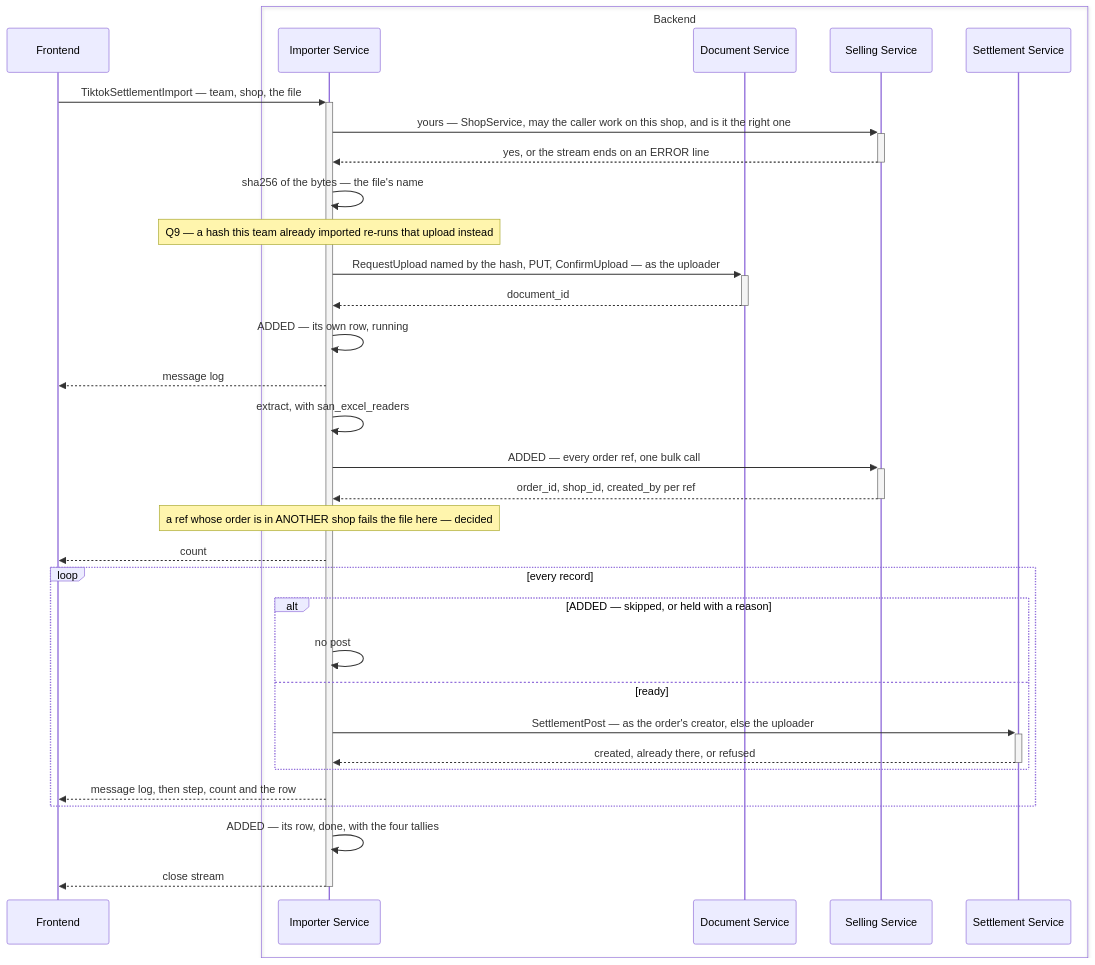
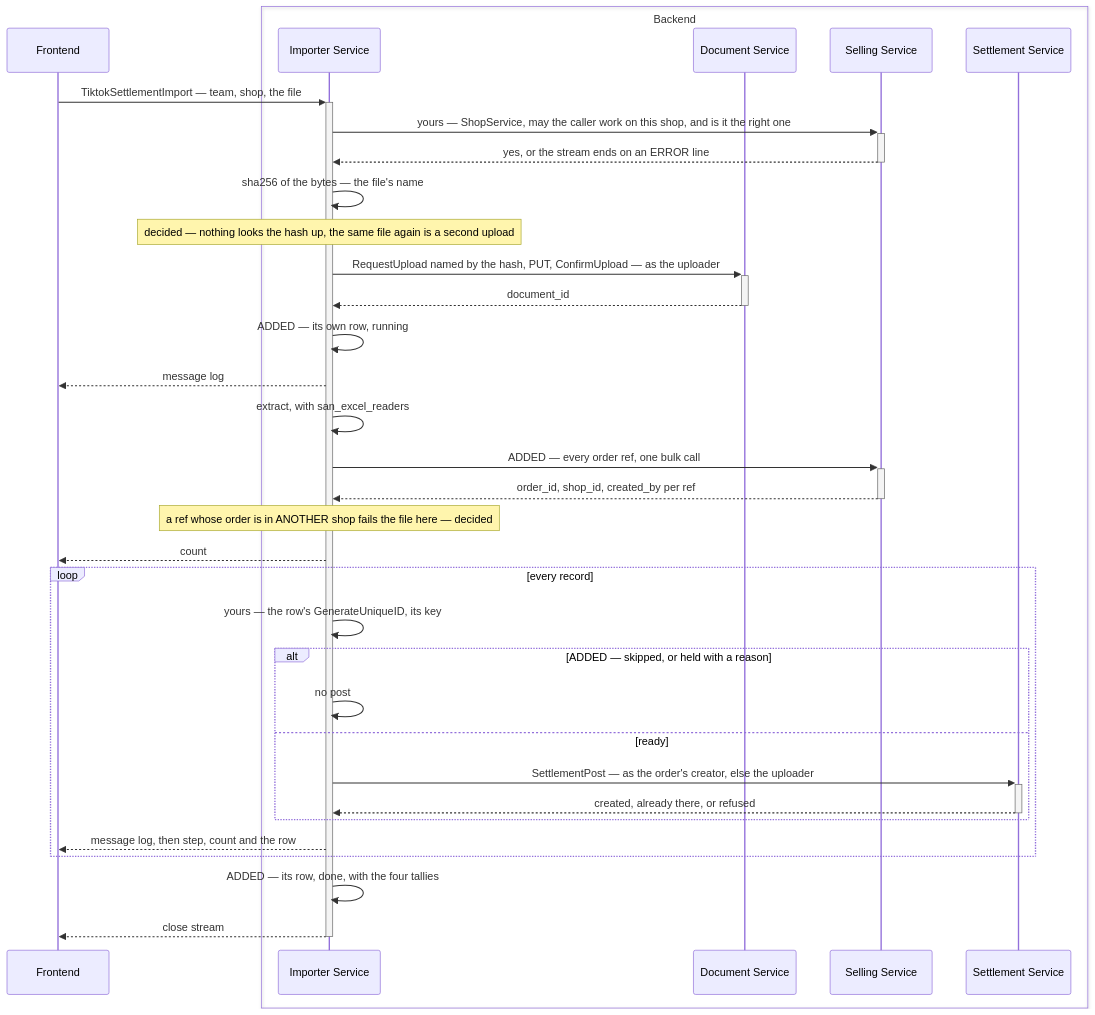
The third of 10 diagrams in docs/business/settlement/settlement_importer_clarify.md (pdcgo/warehouse_revamp), drawn with Mermaid before and after one commit. The commit also changed other lines of this file and 5 other files, not shown here.

First line of the commit message:
settlement: record the-row-key-is-the-only-dedupe, and a key another shop holds

````diff
--- a/docs/business/settlement/settlement_importer_clarify.md
+++ b/docs/business/settlement/settlement_importer_clarify.md
@@ -104,35 +107,36 @@
 ```mermaid
 sequenceDiagram
     participant fe as Frontend
     box Backend
         participant import as Importer Service
         participant doc as Document Service
         participant sell as Selling Service
         participant settle as Settlement Service
     end
     fe->>+import: TiktokSettlementImport — team, shop, the file
     import->>+sell: yours — ShopService, may the caller work on this shop, and is it the right one
     sell-->>-import: yes, or the stream ends on an ERROR line
     import->>import: sha256 of the bytes — the file's name
-    Note over import: Q9 — a hash this team already imported re-runs that upload instead
+    Note over import: decided — nothing looks the hash up, the same file again is a second upload
     import->>+doc: RequestUpload named by the hash, PUT, ConfirmUpload — as the uploader
     doc-->>-import: document_id
     import->>import: ADDED — its own row, running
     import-->>fe: message log
     import->>import: extract, with san_excel_readers
     import->>+sell: ADDED — every order ref, one bulk call
     sell-->>-import: order_id, shop_id, created_by per ref
     Note over import: a ref whose order is in ANOTHER shop fails the file here — decided
     import-->>fe: count
     loop every record
+        import->>import: yours — the row's GenerateUniqueID, its key
         alt ADDED — skipped, or held with a reason
             import->>import: no post
         else ready
             import->>+settle: SettlementPost — as the order's creator, else the uploader
             settle-->>-import: created, already there, or refused
         end
         import-->>fe: message log, then step, count and the row
     end
     import->>import: ADDED — its row, done, with the four tallies
     import-->>-fe: close stream
 ```
````
